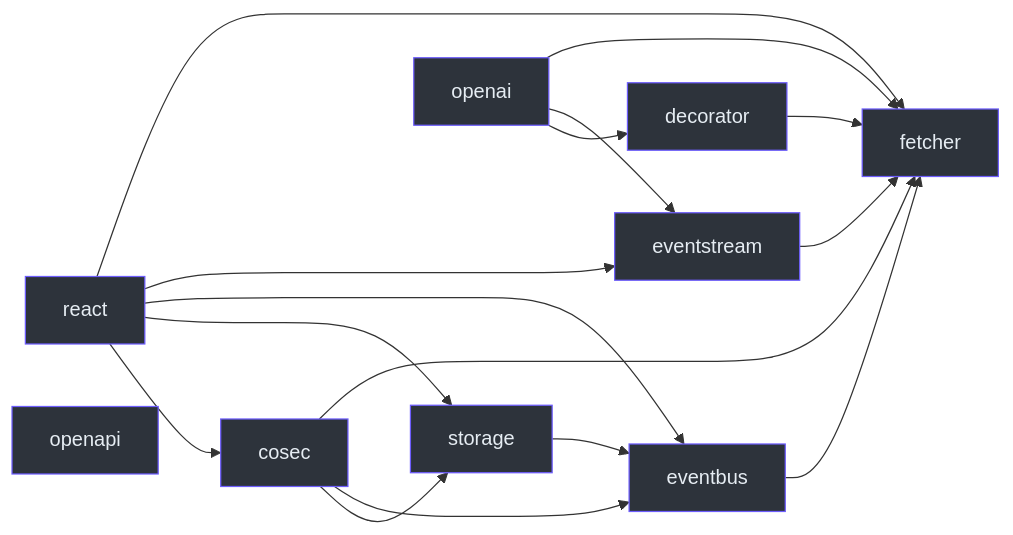
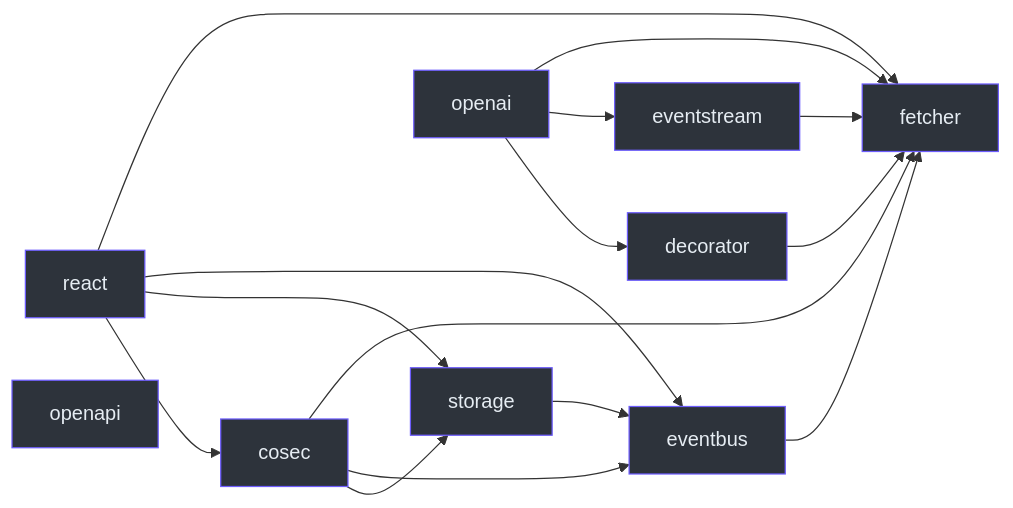
The diagram in wiki/architecture/package-boundaries.md (Ahoo-Wang/fetcher), drawn with Mermaid before and after one commit. The commit also changed other lines of this file and 122 other files, not shown here.

First line of the commit message:
feat(react)!: redesign fetcher-react around cancellation (#1956)

````diff
--- a/wiki/architecture/package-boundaries.md
+++ b/wiki/architecture/package-boundaries.md
@@ -14,12 +14,12 @@
 ```mermaid
 flowchart LR
   decorator --> fetcher
   eventbus --> fetcher
   eventstream --> fetcher
   storage --> eventbus
   cosec --> fetcher & eventbus & storage
   openai --> fetcher & eventstream & decorator
-  react --> fetcher & eventstream & eventbus & storage & cosec
+  react --> fetcher & eventbus & storage & cosec
   openapi
   classDef default fill:#2d333b,stroke:#6d5dfc,color:#e6edf3
 ```
````
